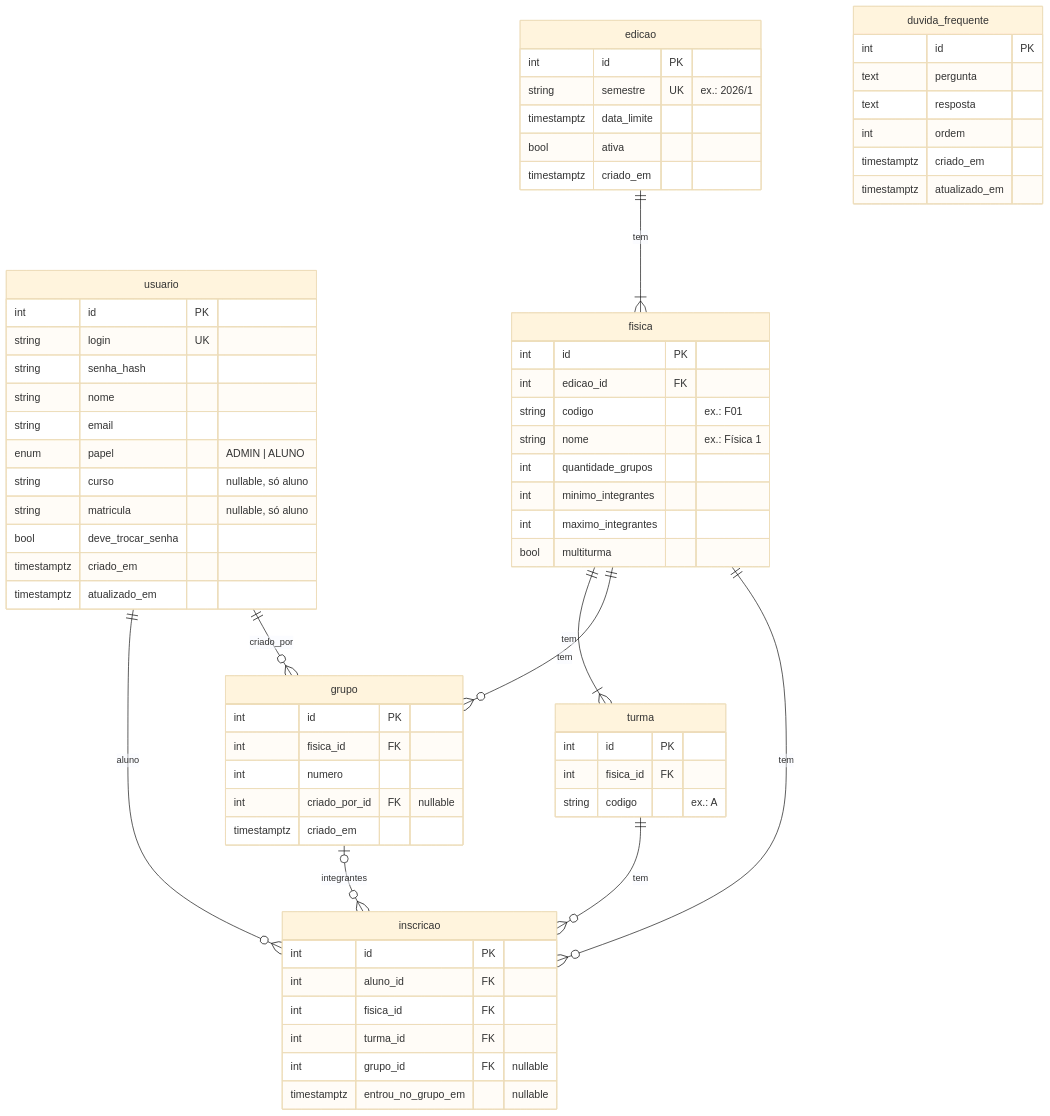
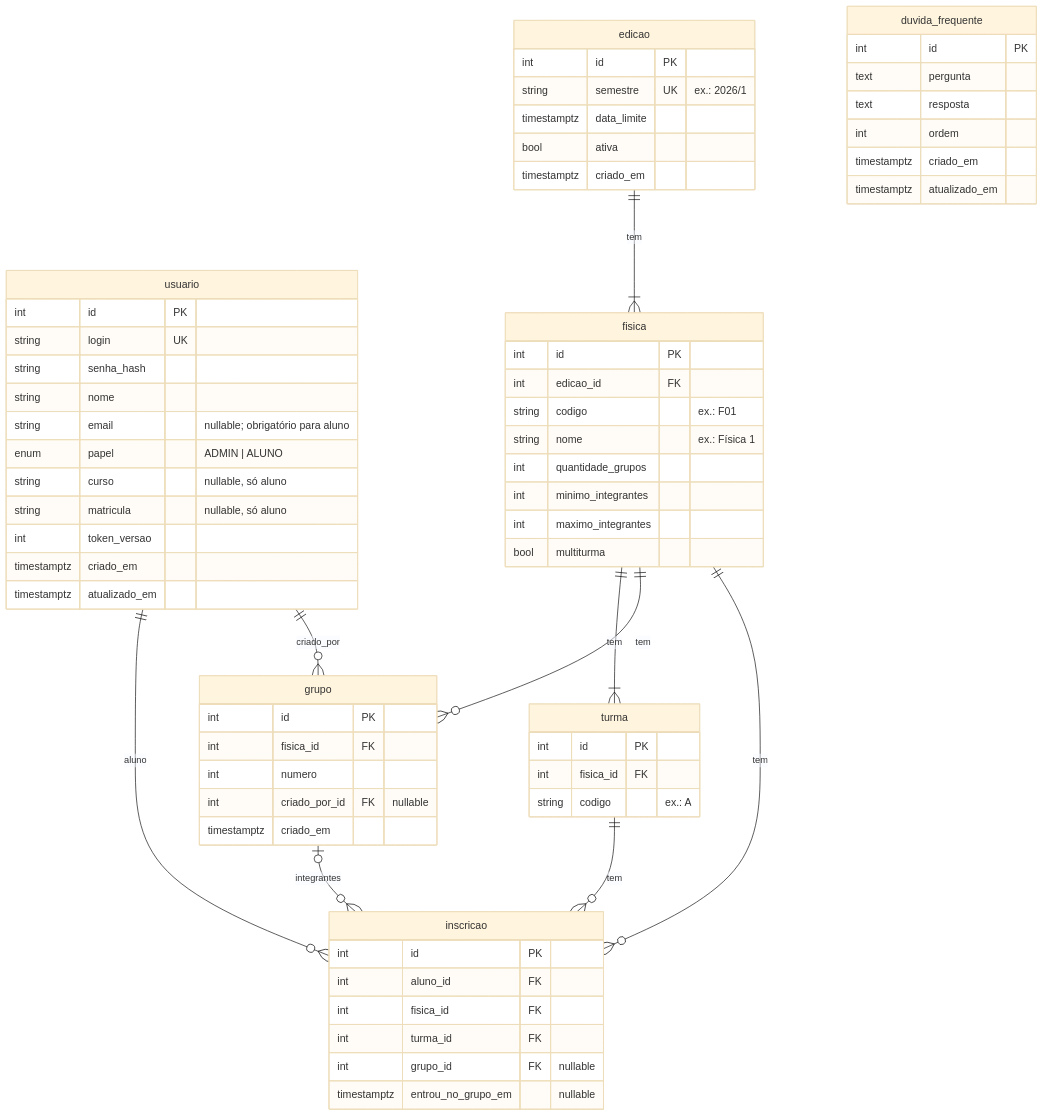
Before and after one commit to cdghubinatel/SefiTeam-Versao-2: the diagram in docs/modelo-banco.md, drawn with Mermaid (base theme). The commit also changed other lines of this file and 3 other files, not shown here.

Commit message:
docs: document auth flow, password by email and pending design

````diff
--- a/docs/modelo-banco.md
+++ b/docs/modelo-banco.md
@@ -7,70 +7,70 @@
 ```mermaid
 erDiagram
     usuario ||--o{ inscricao : "aluno"
     usuario ||--o{ grupo : "criado_por"
     edicao ||--|{ fisica : "tem"
     fisica ||--|{ turma : "tem"
     fisica ||--o{ grupo : "tem"
     fisica ||--o{ inscricao : "tem"
     turma ||--o{ inscricao : "tem"
     grupo |o--o{ inscricao : "integrantes"
 
     usuario {
         int id PK
         string login UK
         string senha_hash
         string nome
-        string email
+        string email "nullable; obrigatório para aluno"
         enum papel "ADMIN | ALUNO"
         string curso "nullable, só aluno"
         string matricula "nullable, só aluno"
-        bool deve_trocar_senha
+        int token_versao
         timestamptz criado_em
         timestamptz atualizado_em
     }
     edicao {
         int id PK
         string semestre UK "ex.: 2026/1"
         timestamptz data_limite
         bool ativa
         timestamptz criado_em
     }
     fisica {
         int id PK
         int edicao_id FK
         string codigo "ex.: F01"
         string nome "ex.: Física 1"
         int quantidade_grupos
         int minimo_integrantes
         int maximo_integrantes
         bool multiturma
     }
     turma {
         int id PK
         int fisica_id FK
         string codigo "ex.: A"
     }
     grupo {
         int id PK
         int fisica_id FK
         int numero
         int criado_por_id FK "nullable"
         timestamptz criado_em
     }
     inscricao {
         int id PK
         int aluno_id FK
         int fisica_id FK
         int turma_id FK
         int grupo_id FK "nullable"
         timestamptz entrou_no_grupo_em "nullable"
     }
     duvida_frequente {
         int id PK
         text pergunta
         text resposta
         int ordem
         timestamptz criado_em
         timestamptz atualizado_em
     }
 ```
````
